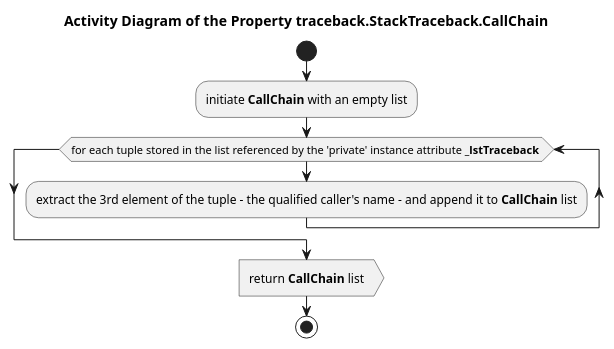
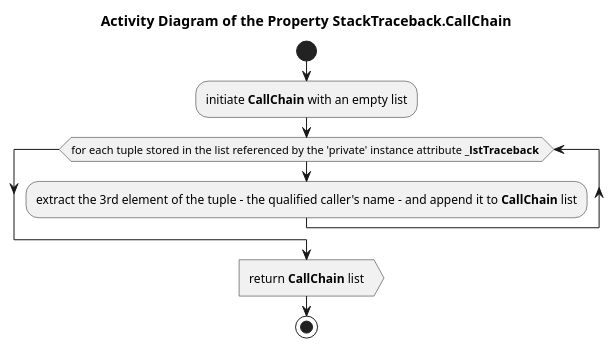
One commit to FooBarShebang/introspection_lib changed the diagram in Documentation/UML/traceback/traceback_stacktraceback_callchain.pu. Above: the diagram before and after it, drawn with PlantUML. The commit also changed 18 other files, not shown here.

Commit message:
updated UML diagrams

```diff
--- a/Documentation/UML/traceback/traceback_stacktraceback_callchain.pu
+++ b/Documentation/UML/traceback/traceback_stacktraceback_callchain.pu
@@ -1,17 +1,17 @@
 @startuml traceback_stacktraceback_callchain
 
-title Activity Diagram of the Property traceback.StackTraceback.CallChain
+title Activity Diagram of the Property StackTraceback.CallChain
 
 start
 
 :initiate <b>CallChain</b> with an empty list;
 
 while (for each tuple stored in the list referenced by the 'private' instance attribute <b>_lstTraceback</b> )
     :extract the 3rd element of the tuple - the qualified caller's name - and append it to <b>CallChain</b> list;
 end while
 
 :return <b>CallChain</b> list>
 
 stop
 
 @enduml
```
